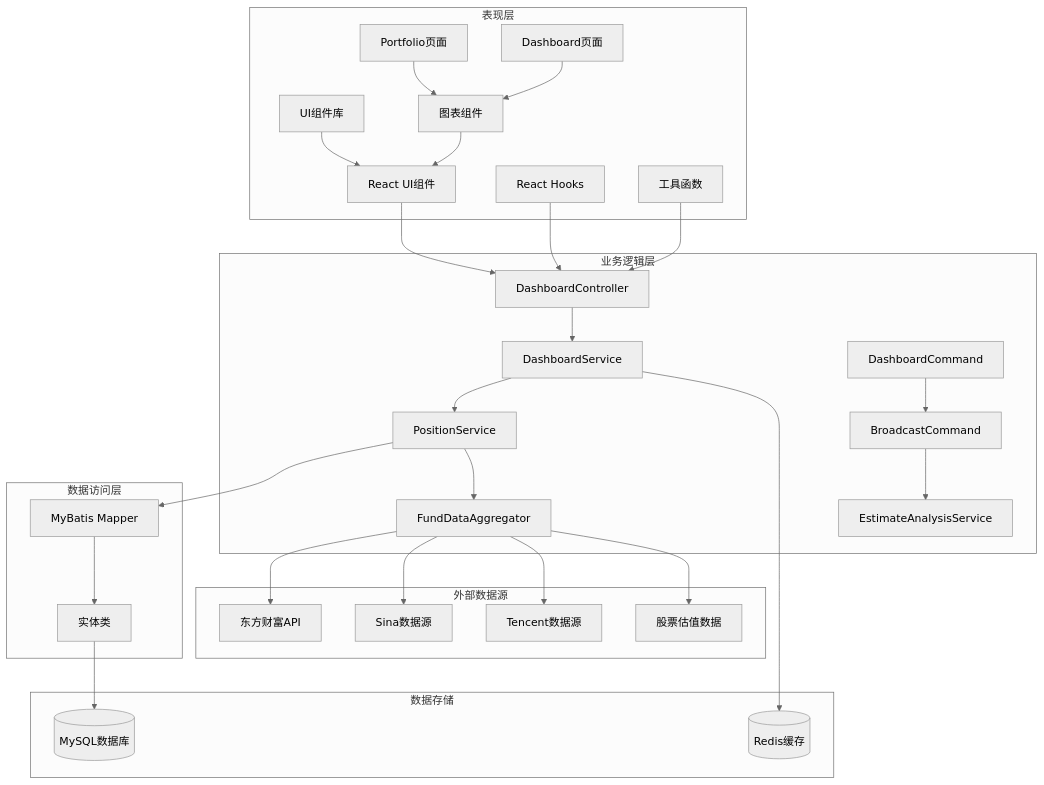
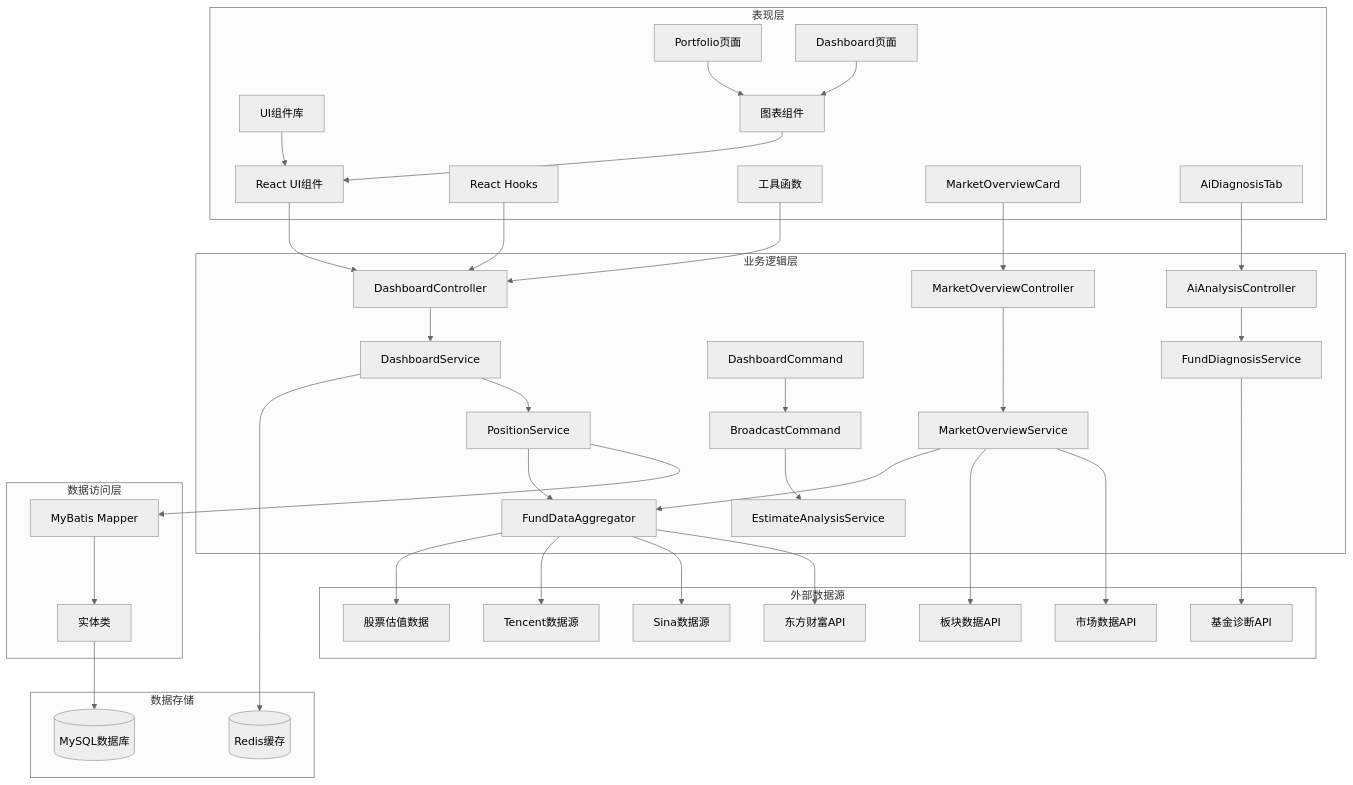
One commit to gree-coder/fund-butler changed the second of 16 diagrams in .qoder/repowiki/zh/content/Dashboard Enhancement.md. Above: the diagram before and after it, drawn with Mermaid (neutral theme). The commit also changed other lines of this file and 22 other files, not shown here.

````diff
--- a/.qoder/repowiki/zh/content/Dashboard Enhancement.md
+++ b/.qoder/repowiki/zh/content/Dashboard Enhancement.md
@@ -172,55 +269,72 @@
 ```mermaid
 graph TB
 subgraph "表现层"
 UI[React UI组件]
 Hooks[React Hooks]
 Utils[工具函数]
 Components[UI组件库]
 Chart[图表组件]
 Portfolio[Portfolio页面]
 Dashboard[Dashboard页面]
+MarketCard[MarketOverviewCard]
+AIDiagnosis[AiDiagnosisTab]
 end
 subgraph "业务逻辑层"
 Controller[DashboardController]
 Service[DashboardService]
 PositionService[PositionService]
 FundDataAggregator[FundDataAggregator]
 Command[DashboardCommand]
 Broadcast[BroadcastCommand]
 EstimateAnalysis[EstimateAnalysisService]
+MarketController[MarketOverviewController]
+MarketService[MarketOverviewService]
+AiController[AiAnalysisController]
+AiService[FundDiagnosisService]
 end
 subgraph "数据访问层"
 Mapper[MyBatis Mapper]
 Entity[实体类]
 end
 subgraph "数据存储"
 DB[(MySQL数据库)]
 Cache[(Redis缓存)]
 end
 subgraph "外部数据源"
 EastMoney[东方财富API]
 Sina[Sina数据源]
 Tencent[Tencent数据源]
 StockEstimate[股票估值数据]
+MarketAPI[市场数据API]
+SectorAPI[板块数据API]
+FundAPI[基金诊断API]
 end
 UI --> Controller
 Hooks --> Controller
 Utils --> Controller
 Controller --> Service
 Service --> PositionService
 PositionService --> Mapper
 Mapper --> Entity
 Entity --> DB
 Service --> Cache
 PositionService --> FundDataAggregator
 FundDataAggregator --> EastMoney
 FundDataAggregator --> Sina
 FundDataAggregator --> Tencent
 FundDataAggregator --> StockEstimate
+MarketCard --> MarketController
+MarketController --> MarketService
+MarketService --> MarketAPI
+MarketService --> SectorAPI
+MarketService --> FundDataAggregator
+AIDiagnosis --> AiController
+AiController --> AiService
+AiService --> FundAPI
 Chart --> UI
 Components --> UI
 Portfolio --> Chart
 Dashboard --> Chart
 Command --> Broadcast
 Broadcast --> EstimateAnalysis
 ```
````
